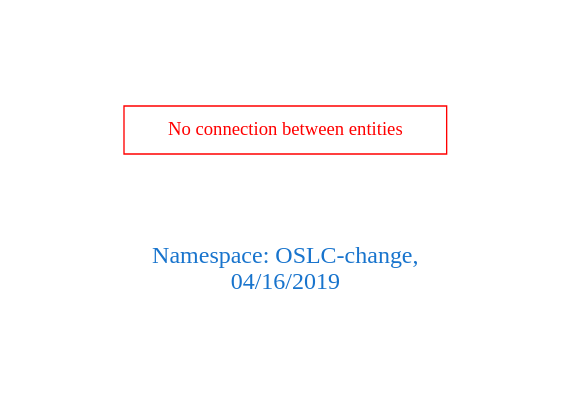
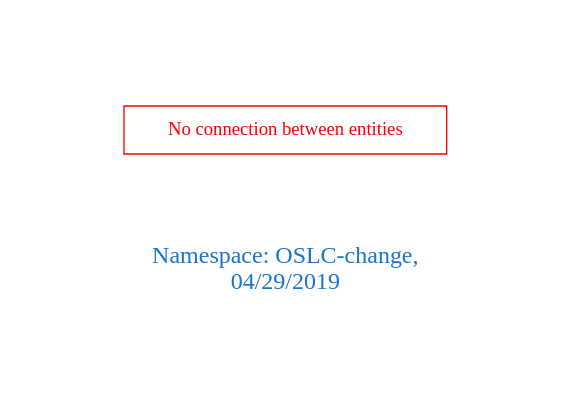
One commit to arago/OGIT changed the diagram in downloads/OSLC-change.dot. Above: the diagram before and after it, drawn with Graphviz. The commit also changed 1389 other files, not shown here.

```diff
--- a/downloads/OSLC-change.dot
+++ b/downloads/OSLC-change.dot
@@ -1,9 +1,9 @@
 digraph OGIT_ontology {
  graph [ rankdir= LR,pad=1 
 fontsize = 18,
-fontcolor= dodgerblue3,label = "\n\n\nNamespace: OSLC-change, \n 04/16/2019"];
+fontcolor= dodgerblue3,label = "\n\n\nNamespace: OSLC-change, \n 04/29/2019"];
 node[shape=polygon];
 edge [  color="gray81"];
 
 "No connection between entities" [fontcolor = "red",color="red", shape="polygon"]
 }
```
